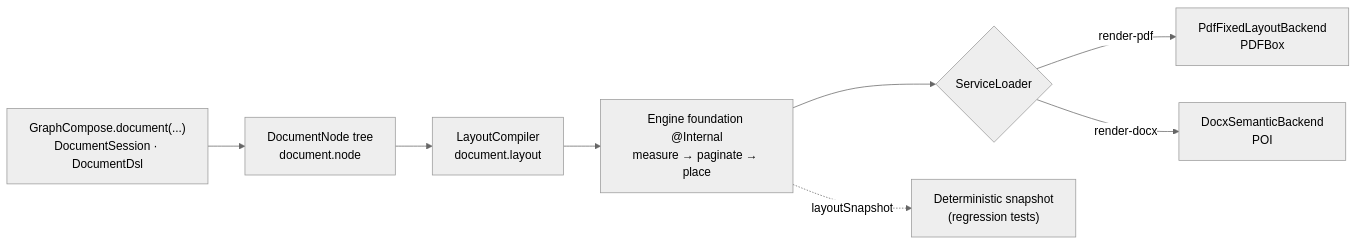
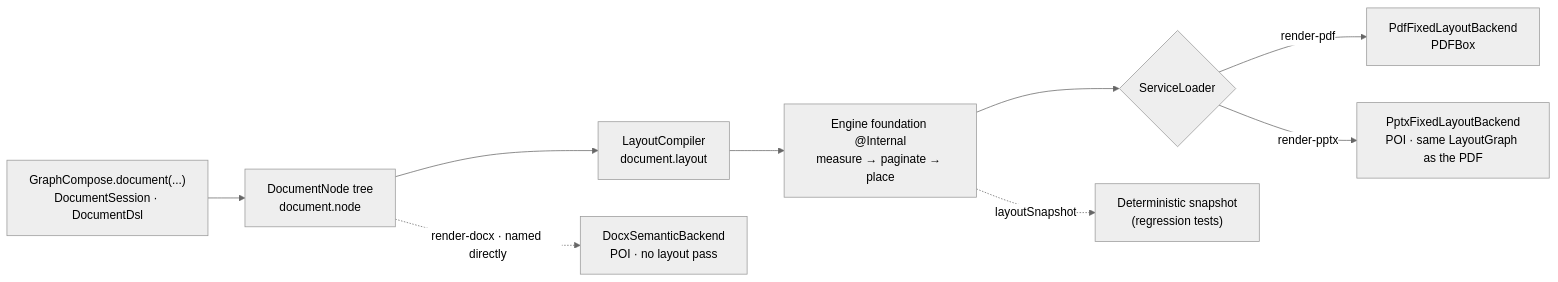
The diagram in README.md (DemchaAV/GraphCompose), drawn with Mermaid (neutral theme) before and after one commit. The commit also changed other lines of this file, not shown here.

First line of the commit message:
docs(readme): put the PPTX backend in the badges and the architecture diagram

````diff
--- a/README.md
+++ b/README.md
@@ -296,10 +297,11 @@
 ```mermaid
 flowchart LR
     A["GraphCompose.document(...)<br/>DocumentSession · DocumentDsl"] --> B["DocumentNode tree<br/>document.node"]
     B --> C["LayoutCompiler<br/>document.layout"]
     C --> D["Engine foundation @Internal<br/>measure → paginate → place"]
     D --> E{ServiceLoader}
     E -->|render-pdf| F["PdfFixedLayoutBackend<br/>PDFBox"]
-    E -->|render-docx| G["DocxSemanticBackend<br/>POI"]
+    E -->|render-pptx| G["PptxFixedLayoutBackend<br/>POI · same LayoutGraph as the PDF"]
+    B -.->|render-docx · named directly| I["DocxSemanticBackend<br/>POI · no layout pass"]
     D -.->|layoutSnapshot| H["Deterministic snapshot<br/>(regression tests)"]
 ```
````
